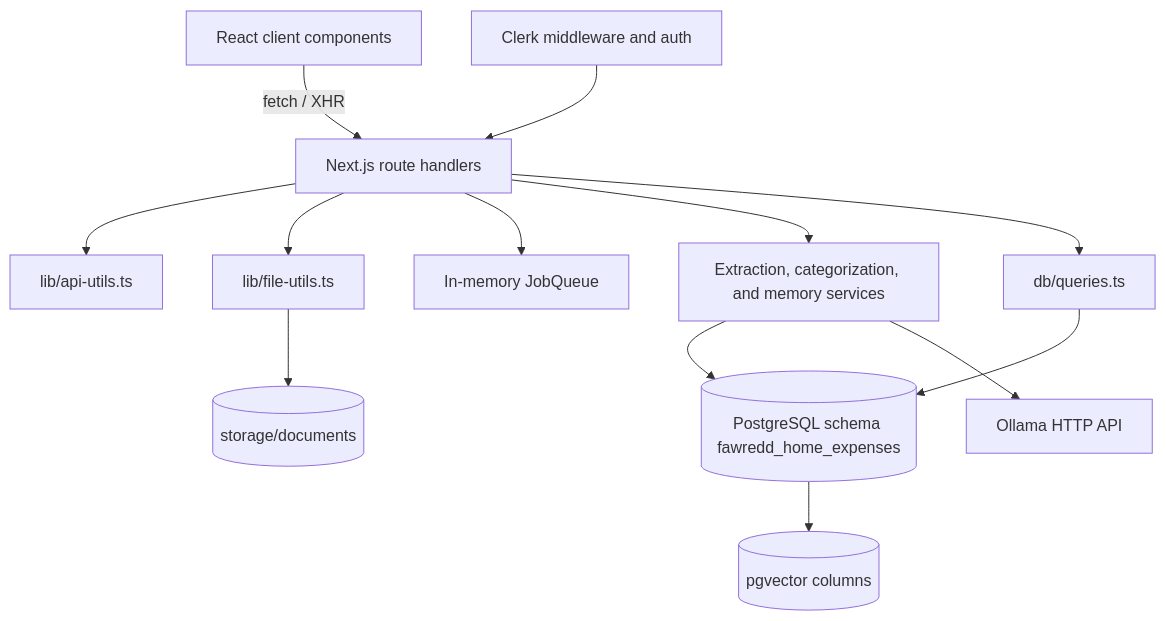
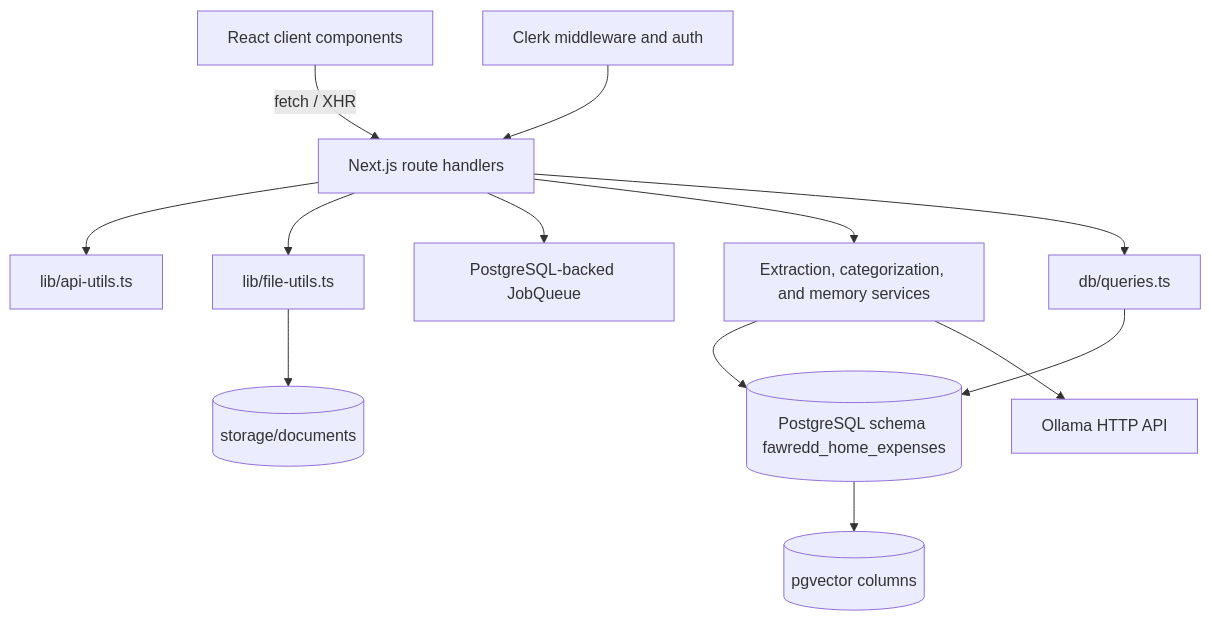
Before and after one commit to fawredd/fawredd-home-expenses: the first of 4 diagrams in DATA_FLOW.md, drawn with Mermaid. The commit also changed other lines of this file and 23 other files, not shown here.

Commit message:
feat: make document processing idempotent with durable PostgreSQL job state

````diff
--- a/DATA_FLOW.md
+++ b/DATA_FLOW.md
@@ -7,15 +7,15 @@
 ```mermaid
 flowchart TD
     Browser[React client components] -->|fetch / XHR| Routes[Next.js route handlers]
     Auth[Clerk middleware and auth] --> Routes
     Routes --> Api[lib/api-utils.ts]
     Routes --> Files[lib/file-utils.ts]
-    Routes --> Queue[In-memory JobQueue]
+    Routes --> Queue[PostgreSQL-backed JobQueue]
     Routes --> Domain[Extraction, categorization, and memory services]
     Routes --> Queries[db/queries.ts]
     Domain --> Db[(PostgreSQL schema fawredd_home_expenses)]
     Queries --> Db
     Files --> Disk[(storage/documents)]
     Domain --> Ollama[Ollama HTTP API]
     Db --> Vector[(pgvector columns)]
 ```
````
